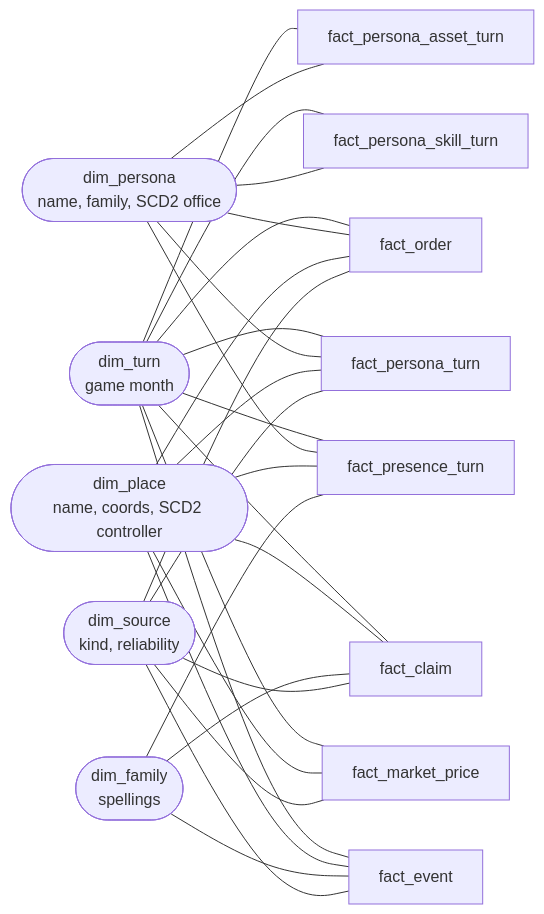
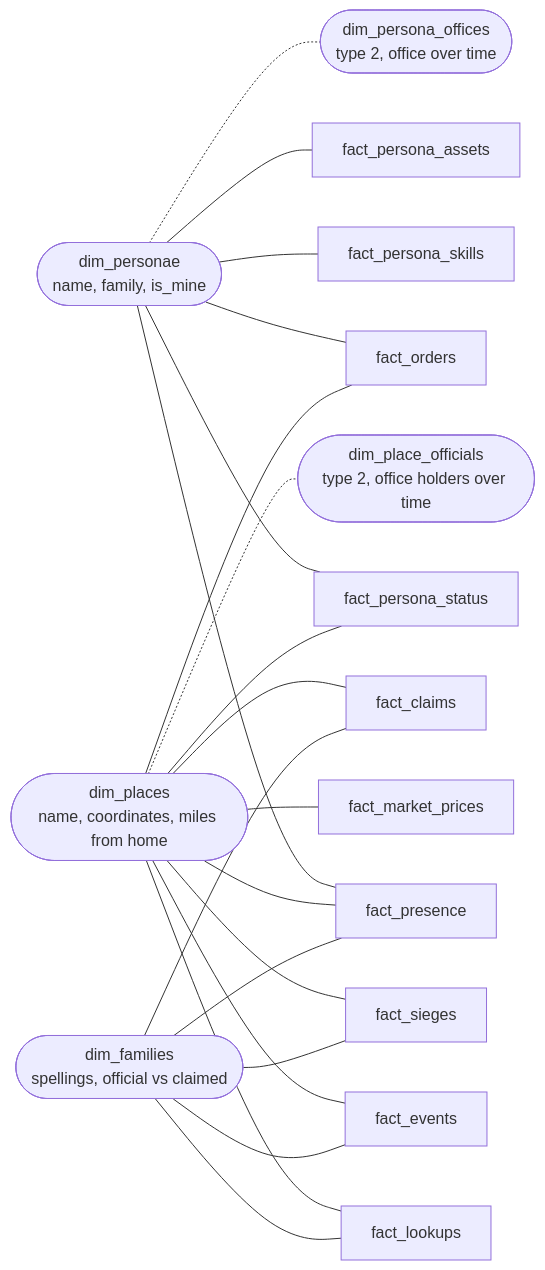
Before and after one commit to matt-a-t/rensim-tools: the second of 2 diagrams in docs/architecture.md, drawn with Mermaid. The commit also changed other lines of this file and 1 other file, not shown here.

First line of the commit message:
Document the star schema as built

````diff
--- a/docs/architecture.md
+++ b/docs/architecture.md
@@ -81,23 +83,25 @@
 ```mermaid
 flowchart LR
-  dim_turn([dim_turn<br/>game month])
-  dim_source([dim_source<br/>kind, reliability])
-  dim_place([dim_place<br/>name, coords, SCD2 controller])
-  dim_persona([dim_persona<br/>name, family, SCD2 office])
-  dim_family([dim_family<br/>spellings])
+  dim_personae([dim_personae<br/>name, family, is_mine])
+  dim_places([dim_places<br/>name, coordinates, miles from home])
+  dim_families([dim_families<br/>spellings, official vs claimed])
+  dim_persona_offices([dim_persona_offices<br/>type 2, office over time])
+  dim_place_officials([dim_place_officials<br/>type 2, office holders over time])
 
-  f_status[fact_persona_turn]
-  f_skill[fact_persona_skill_turn]
-  f_asset[fact_persona_asset_turn]
-  f_presence[fact_presence_turn]
-  f_market[fact_market_price]
-  f_event[fact_event]
-  f_order[fact_order]
-  f_claim[fact_claim]
+  f_status[fact_persona_status]
+  f_skills[fact_persona_skills]
+  f_assets[fact_persona_assets]
+  f_presence[fact_presence]
+  f_lookups[fact_lookups]
+  f_market[fact_market_prices]
+  f_events[fact_events]
+  f_sieges[fact_sieges]
+  f_orders[fact_orders]
+  f_claims[fact_claims]
 
-  dim_turn --- f_status & f_skill & f_asset & f_presence & f_market & f_event & f_order & f_claim
-  dim_persona --- f_status & f_skill & f_asset & f_presence & f_order
-  dim_place --- f_status & f_presence & f_market & f_event & f_order & f_claim
-  dim_family --- f_presence & f_event & f_claim
-  dim_source --- f_status & f_market & f_event & f_order & f_claim
+  dim_personae --- f_status & f_skills & f_assets & f_presence & f_orders
+  dim_places --- f_status & f_presence & f_lookups & f_market & f_events & f_sieges & f_orders & f_claims
+  dim_families --- f_presence & f_lookups & f_events & f_sieges & f_claims
+  dim_personae -.- dim_persona_offices
+  dim_places -.- dim_place_officials
 ```
````
